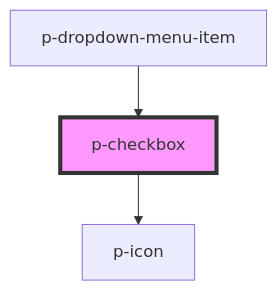
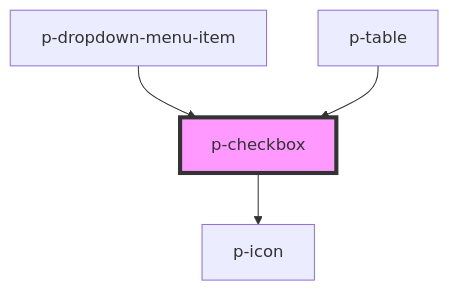
One commit to Employes/Paperless changed the diagram in packages/core/src/components/atoms/checkbox/readme.md. Above: the diagram before and after it, drawn with Mermaid. The commit also changed other lines of this file and 9 other files, not shown here.

````diff
--- a/packages/core/src/components/atoms/checkbox/readme.md
+++ b/packages/core/src/components/atoms/checkbox/readme.md
@@ -48,6 +49,7 @@
 ```mermaid
 graph TD;
   p-checkbox --> p-icon
   p-dropdown-menu-item --> p-checkbox
+  p-table --> p-checkbox
   style p-checkbox fill:#f9f,stroke:#333,stroke-width:4px
 ```
````
